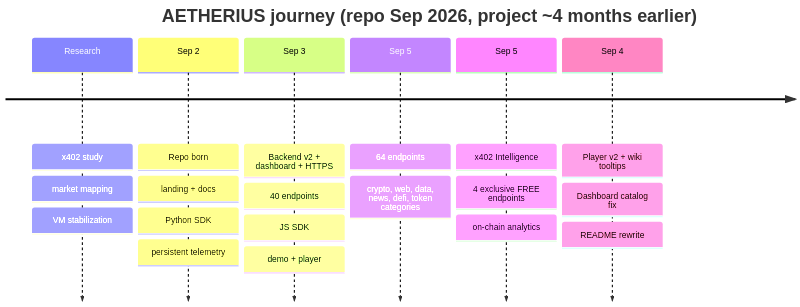
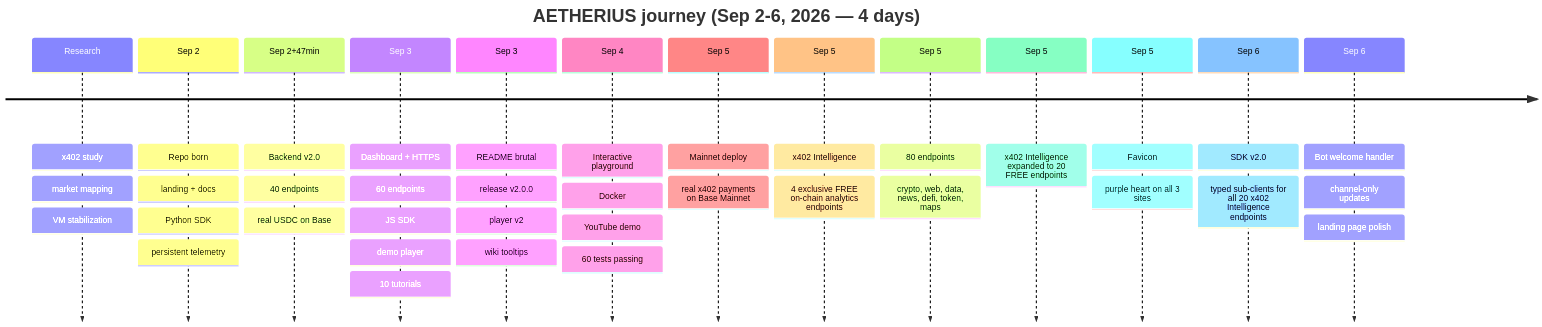
Before and after one commit to wilnowilx/aetheriusxapi: the diagram in README.md, drawn with Mermaid. The commit also changed other lines of this file and 10 other files, not shown here.

Commit message:
fix: README full sweep — timeline v2, SDK v2.0, all counts 40/64→80, categories 8→11, bot brain 80 APIs, application.md 80 endpoints, demo player 80 endpoints

````diff
--- a/README.md
+++ b/README.md
@@ -86,10 +86,17 @@
 ```mermaid
 timeline
-    title AETHERIUS journey (repo Sep 2026, project ~4 months earlier)
+    title AETHERIUS journey (Sep 2-6, 2026 — 4 days)
     Research : x402 study : market mapping : VM stabilization
     Sep 2 : Repo born : landing + docs : Python SDK : persistent telemetry
-    Sep 3 : Backend v2 + dashboard + HTTPS : 40 endpoints : JS SDK : demo + player
-    Sep 5 : 64 endpoints : crypto, web, data, news, defi, token categories
-    Sep 5 : x402 Intelligence : 4 exclusive FREE endpoints : on-chain analytics
-    Sep 4 : Player v2 + wiki tooltips : Dashboard catalog fix : README rewrite
+    Sep 2+47min : Backend v2.0 : 40 endpoints : real USDC on Base
+    Sep 3 : Dashboard + HTTPS : 60 endpoints : JS SDK : demo player : 10 tutorials
+    Sep 3 : README brutal : release v2.0.0 : player v2 : wiki tooltips
+    Sep 4 : Interactive playground : Docker : YouTube demo : 60 tests passing
+    Sep 5 : Mainnet deploy : real x402 payments on Base Mainnet
+    Sep 5 : x402 Intelligence : 4 exclusive FREE on-chain analytics endpoints
+    Sep 5 : 80 endpoints : crypto, web, data, news, defi, token, maps
+    Sep 5 : x402 Intelligence expanded to 20 FREE endpoints
+    Sep 5 : Favicon : purple heart on all 3 sites
+    Sep 6 : SDK v2.0 : typed sub-clients for all 20 x402 Intelligence endpoints
+    Sep 6 : Bot welcome handler : channel-only updates : landing page polish
 ```
````
